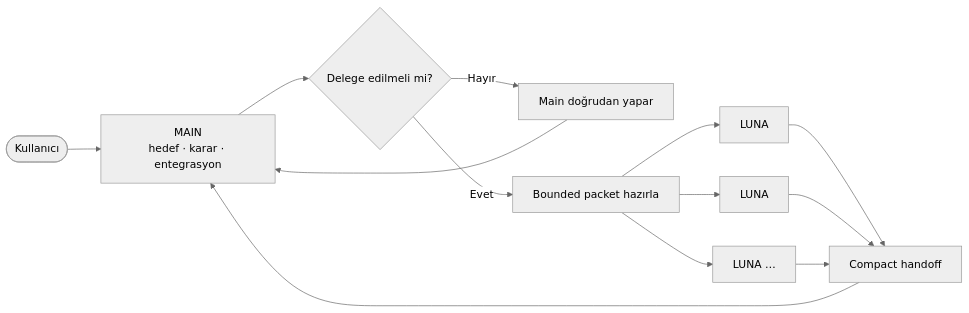
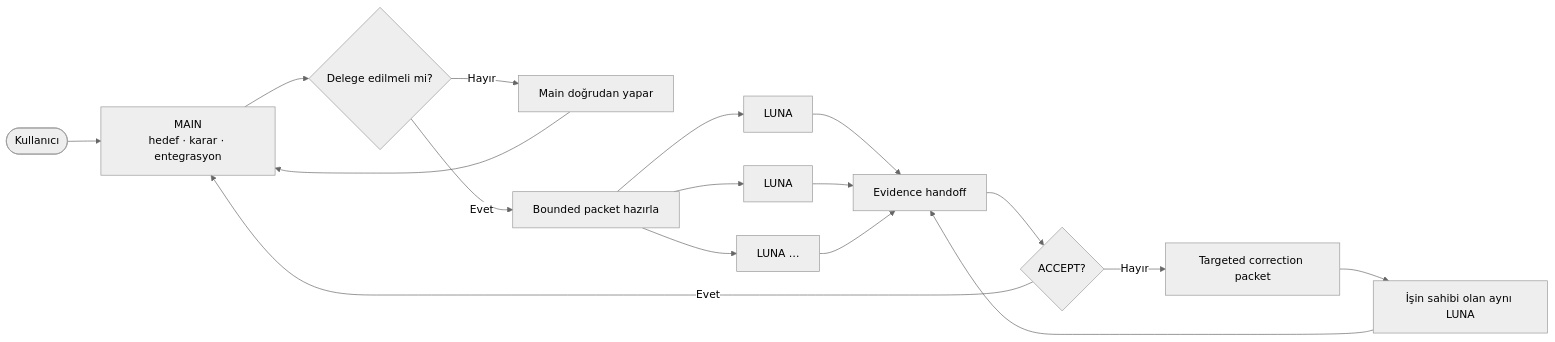
One commit to HakanBabus/AgentMaxxing changed the diagram in README_TR.md. Above: the diagram before and after it, drawn with Mermaid (neutral theme). The commit also changed other lines of this file and 6 other files, not shown here.

````diff
--- a/README_TR.md
+++ b/README_TR.md
@@ -27,15 +27,19 @@
 ```mermaid
 flowchart LR
     U([Kullanıcı]) --> M["MAIN<br/>hedef · karar · entegrasyon"]
     M --> R{"Delege edilmeli mi?"}
     R -- Hayır --> D[Main doğrudan yapar]
     R -- Evet --> P[Bounded packet hazırla]
     P --> W1[LUNA]
     P --> W2[LUNA]
     P --> WN["LUNA …"]
-    W1 --> H[Compact handoff]
+    W1 --> H[Evidence handoff]
     W2 --> H
     WN --> H
-    H --> M
+    H --> G{"ACCEPT?"}
+    G -- Evet --> M
+    G -- Hayır --> C[Targeted correction packet]
+    C --> OW[İşin sahibi olan aynı LUNA]
+    OW --> H
     D --> M
 ```
````
